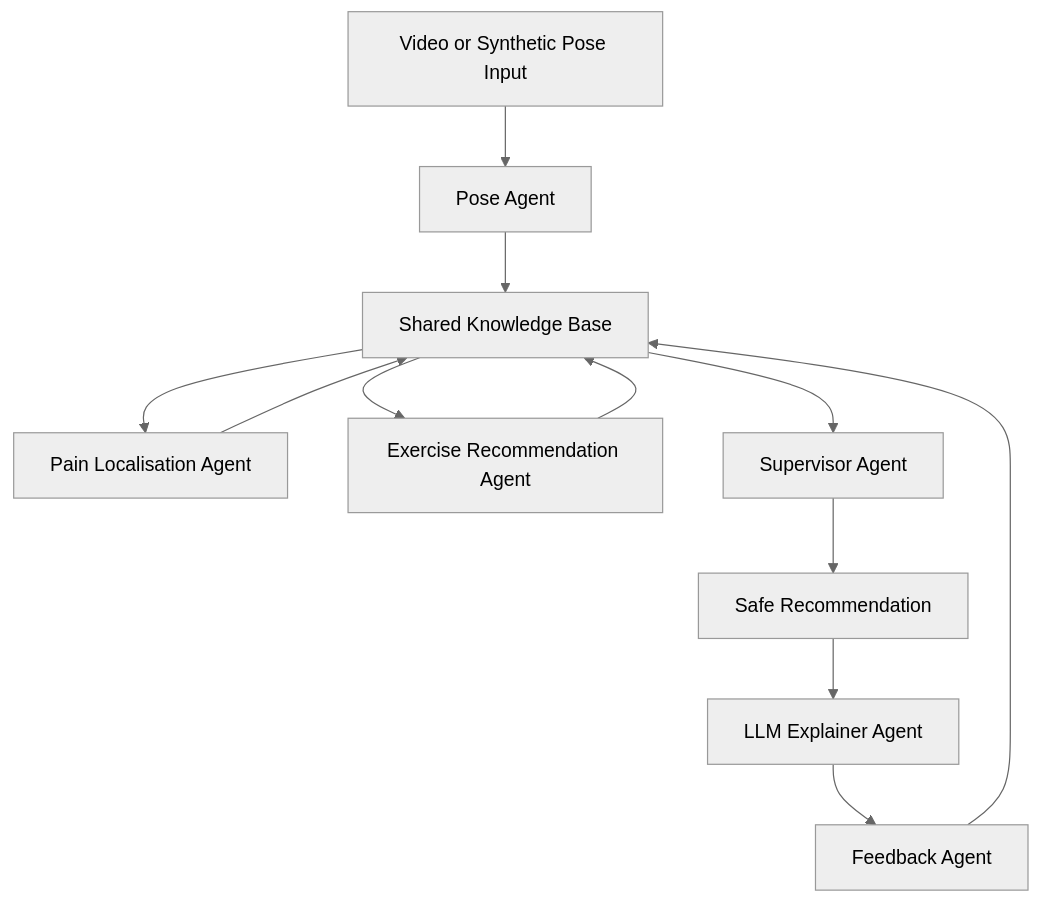
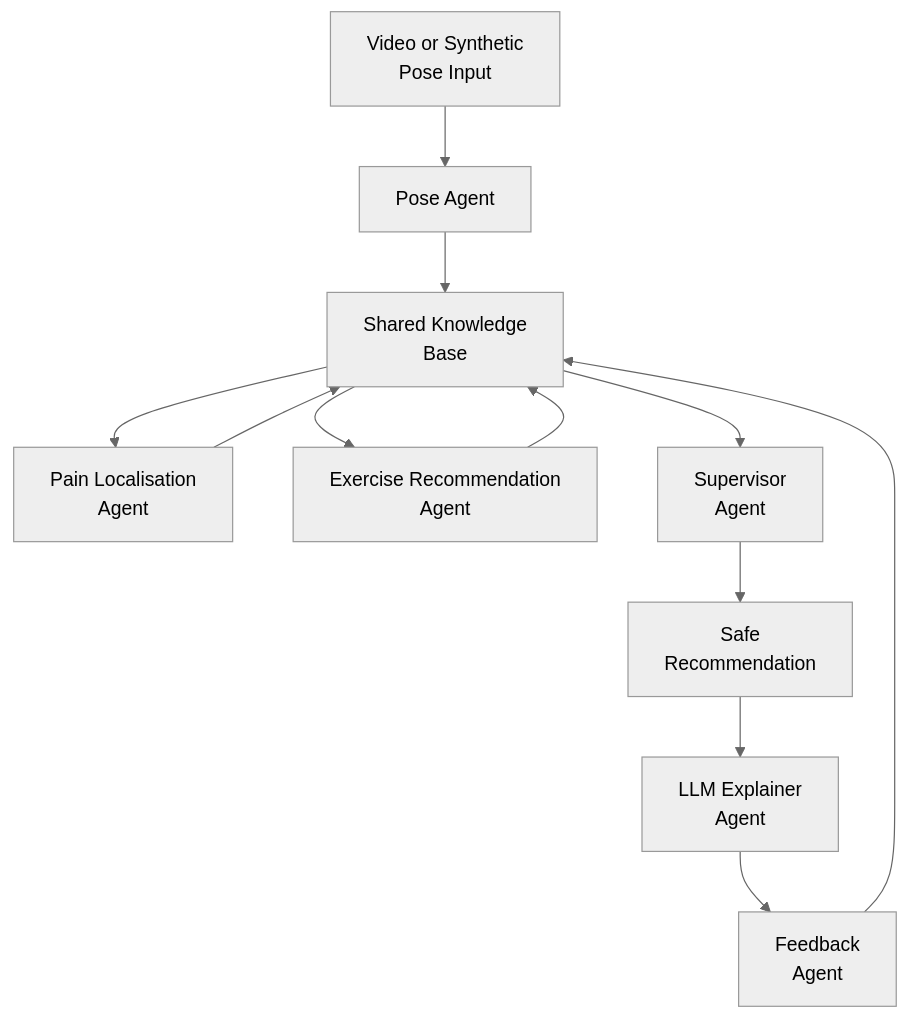
The diagram in README.md (rishavbhandari6789/OpenRehabAgent), drawn with Mermaid (neutral theme) before and after one commit. The commit also changed other lines of this file, not shown here.

Commit message:
fix: improve Mermaid architecture rendering

````diff
--- a/README.md
+++ b/README.md
@@ -30,14 +29,20 @@
 ```mermaid
 flowchart TD
-    A[Video or Synthetic Pose Input] --> B[Pose Agent]
-    B --> C[Shared Knowledge Base]
-    C --> D[Pain Localisation Agent]
+    A["Video or Synthetic<br>Pose Input"] --> B["Pose Agent<br>"]
+
+    B --> C["Shared Knowledge<br>Base"]
+
+    C --> D["Pain Localisation<br>Agent"]
     D --> C
-    C --> E[Exercise Recommendation Agent]
+
+    C --> E["Exercise Recommendation<br>Agent"]
     E --> C
-    C --> F[Supervisor Agent]
-    F --> G[Safe Recommendation]
-    G --> H[LLM Explainer Agent]
-    H --> I[Feedback Agent]
+
+    C --> F["Supervisor<br>Agent"]
+    F --> G["Safe<br>Recommendation"]
+
+    G --> H["LLM Explainer<br>Agent"]
+
+    H --> I["Feedback<br>Agent"]
     I --> C
 ```
````
